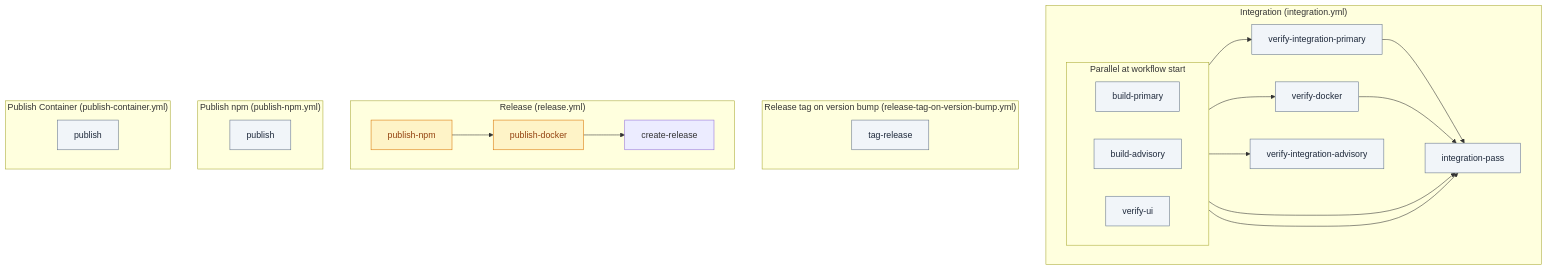
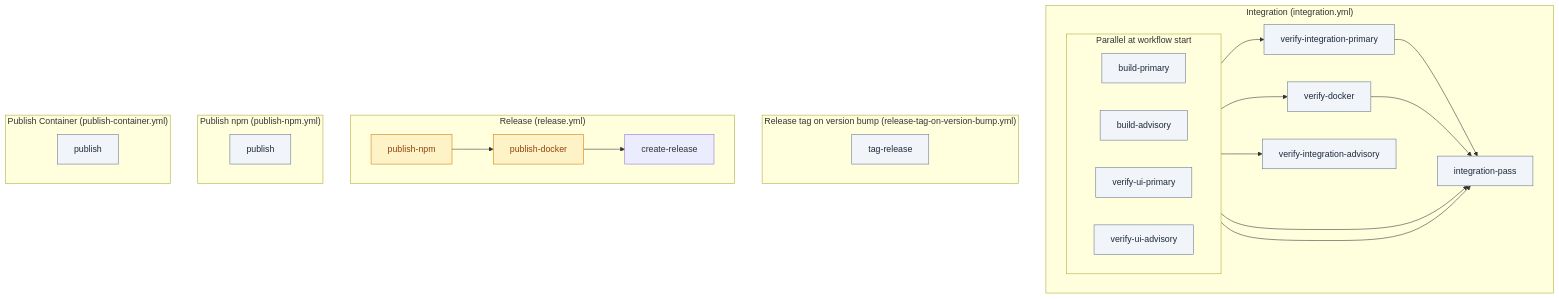
Before and after one commit to debian777/kairos-mcp: the second of 3 diagrams in .github/workflows/README.md, drawn with Mermaid. The commit also changed other lines of this file and 2 other files, not shown here.

Commit message:
ci: per-Node UI lanes; gate on Node 24 primary only

````diff
--- a/.github/workflows/README.md
+++ b/.github/workflows/README.md
@@ -73,46 +73,47 @@
 ```mermaid
 flowchart TB
   subgraph INT_WF["Integration (integration.yml)"]
     subgraph parallel_start [Parallel at workflow start]
       direction LR
       J_BLD_P[build-primary]
       J_BLD_A[build-advisory]
-      J_UI[verify-ui]
+      J_UI_P[verify-ui-primary]
+      J_UI_A[verify-ui-advisory]
     end
     J_INT_P[verify-integration-primary]
     J_INT_A[verify-integration-advisory]
     J_DKR[verify-docker]
     J_PASS[integration-pass]
     J_BLD_P --> J_INT_P
     J_BLD_P --> J_DKR
     J_BLD_A --> J_INT_A
     J_BLD_P --> J_PASS
-    J_UI --> J_PASS
+    J_UI_P --> J_PASS
     J_INT_P --> J_PASS
     J_DKR --> J_PASS
   end
 
   subgraph RTAG_WF["Release tag on version bump (release-tag-on-version-bump.yml)"]
     J_TAG[tag-release]
   end
 
   subgraph REL_WF["Release (release.yml)"]
     J_NPM[publish-npm]
     J_DOCKER[publish-docker]
     J_REL[create-release]
     J_NPM --> J_DOCKER --> J_REL
   end
 
   subgraph PNPM_WF["Publish npm (publish-npm.yml)"]
     J_PNPM[publish]
   end
 
   subgraph PCONT_WF["Publish Container (publish-container.yml)"]
     J_PCONT[publish]
   end
 
   classDef jobDefault fill:#f1f5f9,stroke:#64748b,color:#1e293b
   classDef jobNeeds fill:#fef3c7,stroke:#d97706,color:#92400e
-  class J_BLD_P,J_BLD_A,J_UI,J_INT_P,J_INT_A,J_DKR,J_PASS,J_TAG,J_PNPM,J_PCONT jobDefault
+  class J_BLD_P,J_BLD_A,J_UI_P,J_UI_A,J_INT_P,J_INT_A,J_DKR,J_PASS,J_TAG,J_PNPM,J_PCONT jobDefault
   class J_NPM,J_DOCKER jobNeeds
 ```
````
